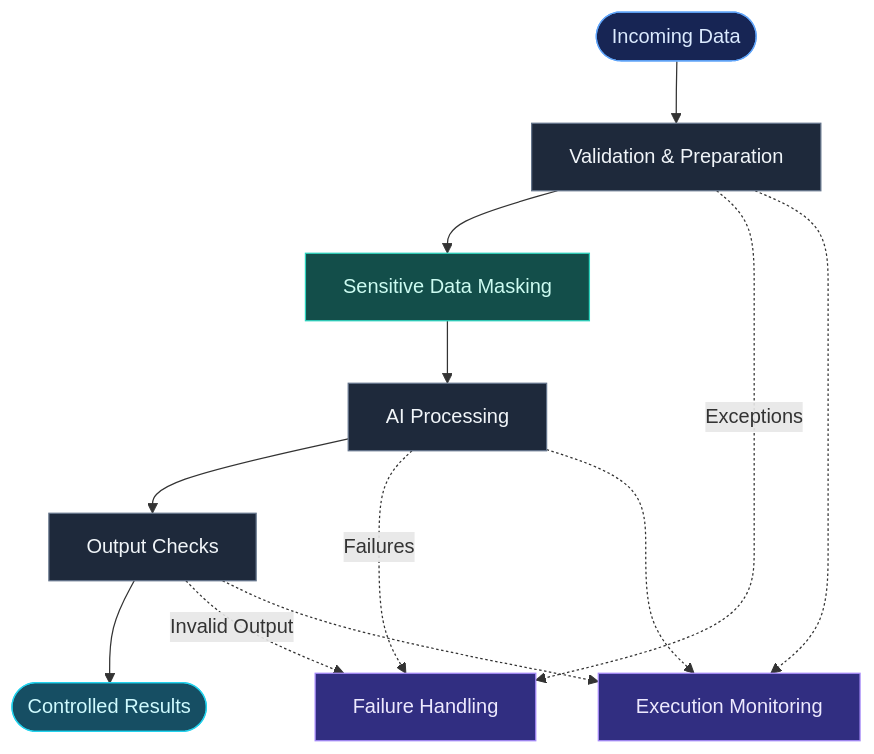
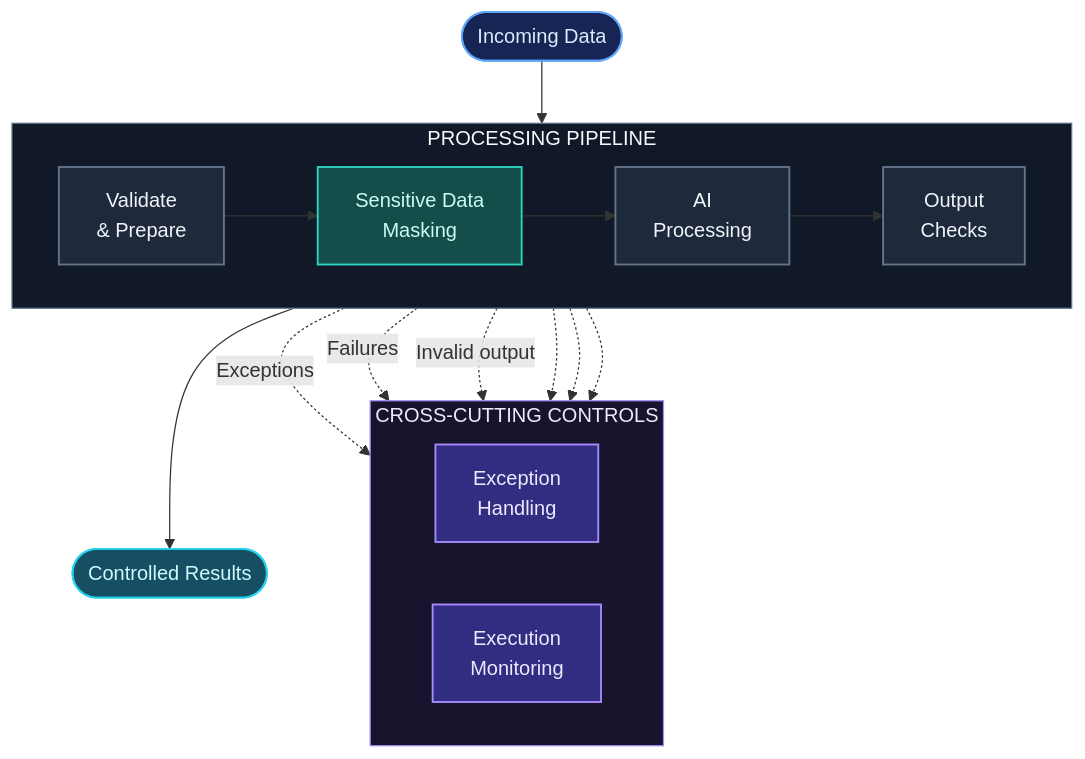
Before and after one commit to SinaKakavand/Intelligent_Sales_Automation: the fourth of 4 diagrams in README.md, drawn with Mermaid. The commit also changed other lines of this file, not shown here.

````diff
--- a/README.md
+++ b/README.md
@@ -146,32 +202,48 @@
 ```mermaid
 flowchart TB
-    A([Incoming Data])
-    B[Validation & Preparation]
-    C[Sensitive Data Masking]
-    D[AI Processing]
-    E[Output Checks]
-    F([Controlled Results])
+    INPUT([Incoming Data])
 
-    G[Failure Handling]
-    H[Execution Monitoring]
+    subgraph PIPELINE["PROCESSING PIPELINE"]
+        direction LR
+        VALIDATE["Validate<br/>& Prepare"]
+        MASK["Sensitive Data<br/>Masking"]
+        PROCESS["AI<br/>Processing"]
+        CHECK["Output<br/>Checks"]
 
-    A --> B --> C --> D --> E --> F
-    B -. Exceptions .-> G
-    D -. Failures .-> G
-    E -. Invalid Output .-> G
-    B -.-> H
-    D -.-> H
-    E -.-> H
+        VALIDATE --> MASK --> PROCESS --> CHECK
+    end
 
-    classDef input fill:#172554,stroke:#60A5FA,color:#DBEAFE
-    classDef security fill:#134E4A,stroke:#2DD4BF,color:#CCFBF1
-    classDef process fill:#1E293B,stroke:#64748B,color:#F1F5F9
-    classDef monitor fill:#312E81,stroke:#A78BFA,color:#EDE9FE
-    classDef output fill:#164E63,stroke:#22D3EE,color:#CFFAFE
+    OUTPUT([Controlled Results])
 
-    class A input
-    class C security
-    class B,D,E process
-    class G,H monitor
-    class F output
+    subgraph CONTROLS["CROSS-CUTTING CONTROLS"]
+        direction LR
+        ERRORS["Exception<br/>Handling"]
+        MONITOR["Execution<br/>Monitoring"]
+    end
+
+    INPUT --> VALIDATE
+    CHECK --> OUTPUT
+
+    VALIDATE -. Exceptions .-> ERRORS
+    PROCESS -. Failures .-> ERRORS
+    CHECK -. Invalid output .-> ERRORS
+
+    VALIDATE -.-> MONITOR
+    PROCESS -.-> MONITOR
+    CHECK -.-> MONITOR
+
+    classDef input fill:#172554,stroke:#60A5FA,color:#DBEAFE,stroke-width:1.5px
+    classDef process fill:#1E293B,stroke:#64748B,color:#F1F5F9,stroke-width:1.5px
+    classDef security fill:#134E4A,stroke:#2DD4BF,color:#CCFBF1,stroke-width:1.5px
+    classDef control fill:#312E81,stroke:#A78BFA,color:#EDE9FE,stroke-width:1.5px
+    classDef output fill:#164E63,stroke:#22D3EE,color:#CFFAFE,stroke-width:1.5px
+
+    class INPUT input
+    class VALIDATE,PROCESS,CHECK process
+    class MASK security
+    class ERRORS,MONITOR control
+    class OUTPUT output
+
+    style PIPELINE fill:#111827,stroke:#64748B,color:#F8FAFC
+    style CONTROLS fill:#17152E,stroke:#A78BFA,color:#EDE9FE
 ```
````
